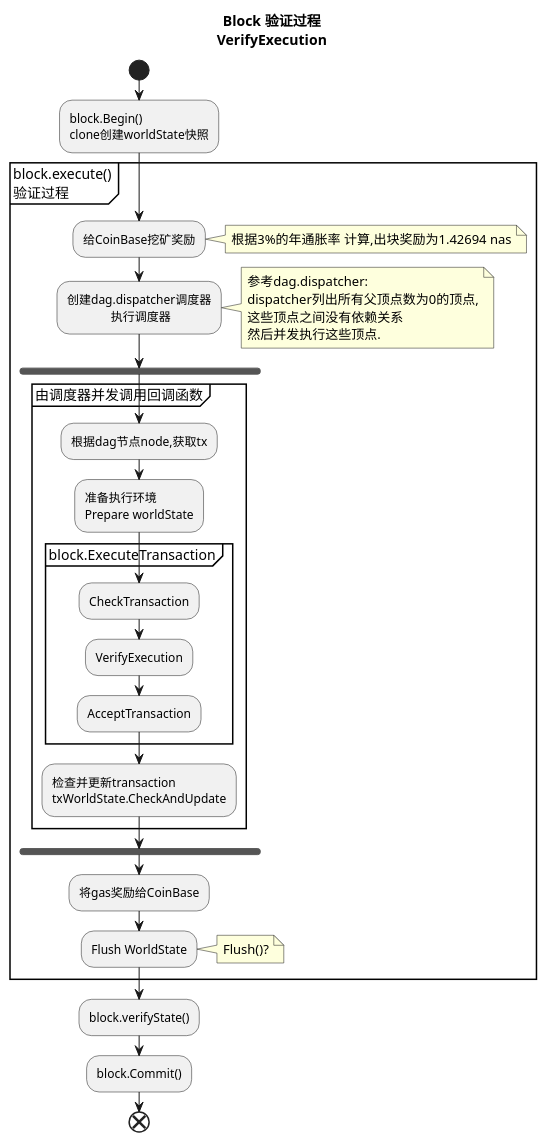
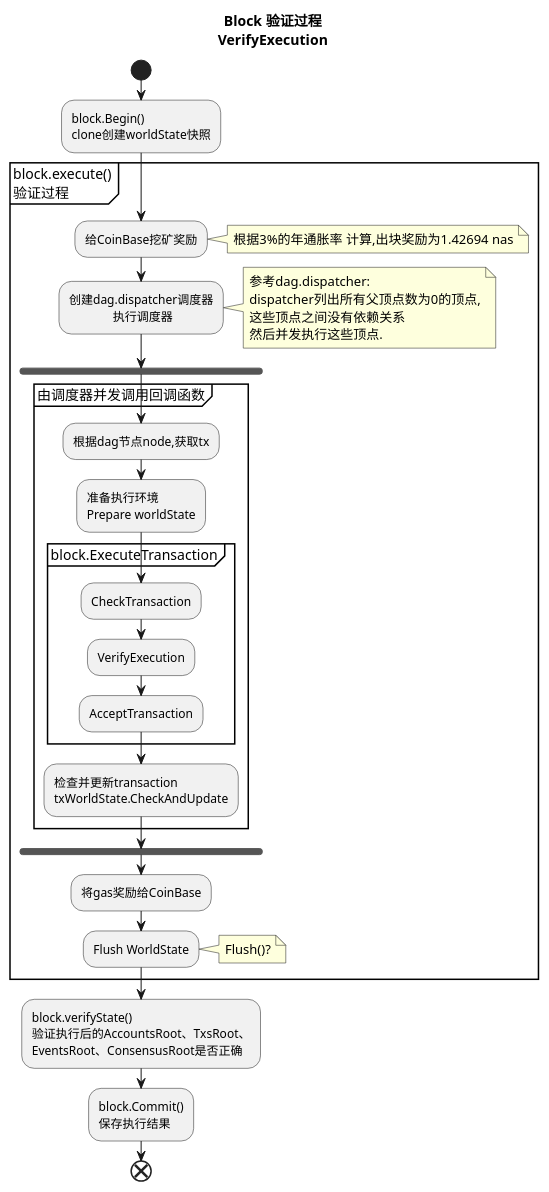
One commit to yupnano/go-nebulas-docs changed the diagram in resource/block-VerifyExecution.plantuml. Above: the diagram before and after it, drawn with PlantUML. The commit also changed 10 other files, not shown here.

```diff
--- a/resource/block-VerifyExecution.plantuml
+++ b/resource/block-VerifyExecution.plantuml
@@ -1,55 +1,59 @@
 @startuml
 title: Block 验证过程\nVerifyExecution
 
 start;
 
 :block.Begin()
 clone创建worldState快照;
 
 
 partition block.execute()\n验证过程 {
 :给CoinBase挖矿奖励;
     note right
     根据3%的年通胀率 计算,出块奖励为1.42694 nas
     end note
 
 :创建dag.dispatcher调度器
               执行调度器;
     note right
     参考dag.dispatcher:
     dispatcher列出所有父顶点数为0的顶点,
     这些顶点之间没有依赖关系
     然后并发执行这些顶点.
     endnote
 
 fork
 partition 由调度器并发调用回调函数{
     :根据dag节点node,获取tx;
 
     :准备执行环境
     Prepare worldState;
 
     partition block.ExecuteTransaction {
     :CheckTransaction;
     :VerifyExecution;
     :AcceptTransaction;
     }
 
     :检查并更新transaction
     txWorldState.CheckAndUpdate;
 }
 end fork
 
 :将gas奖励给CoinBase;
 :Flush WorldState;
     note right
     Flush()?
     end note
 
 }
 
-:block.verifyState();
-:block.Commit();
+:block.verifyState()
+验证执行后的AccountsRoot、TxsRoot、
+EventsRoot、ConsensusRoot是否正确;
+
+:block.Commit()
+保存执行结果;
 
 end
 @enduml
```
